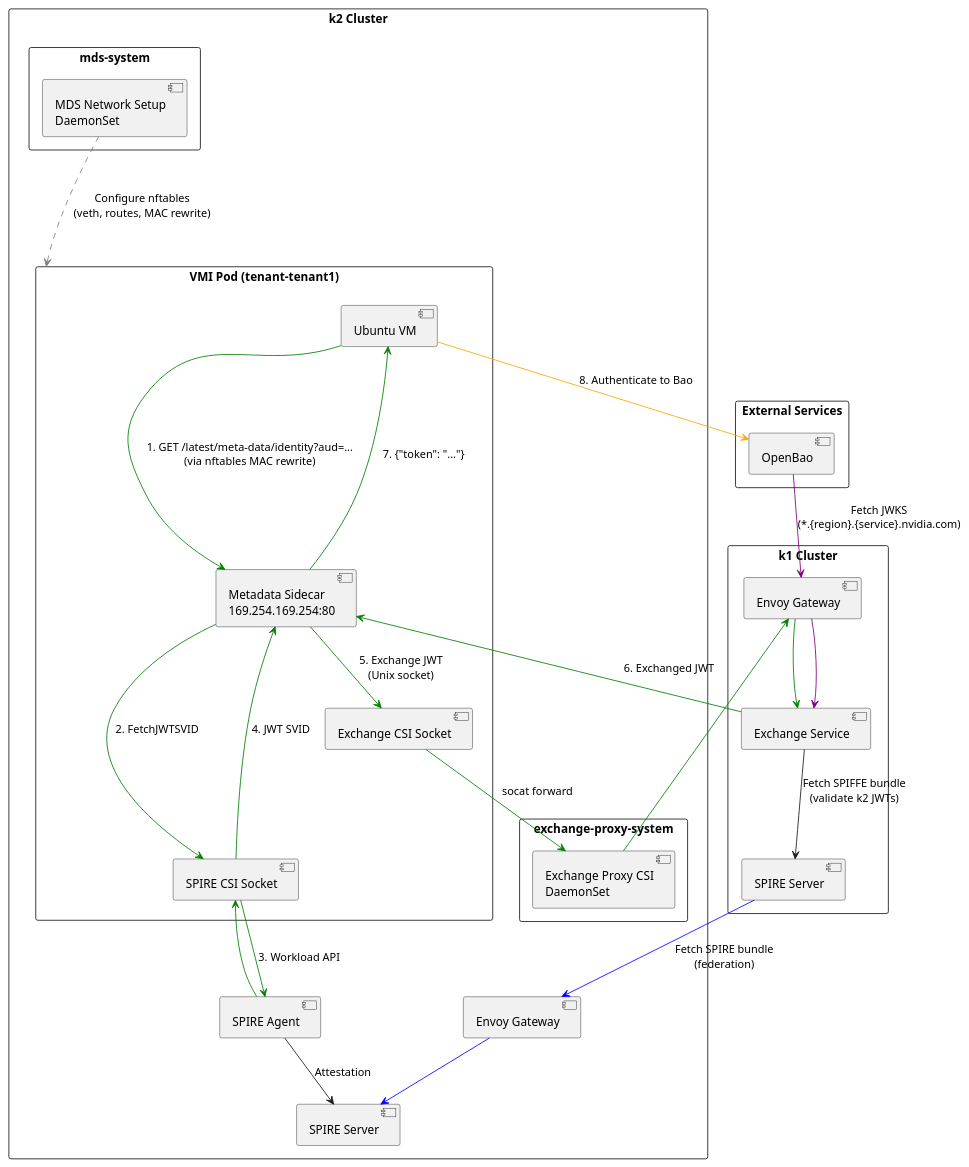
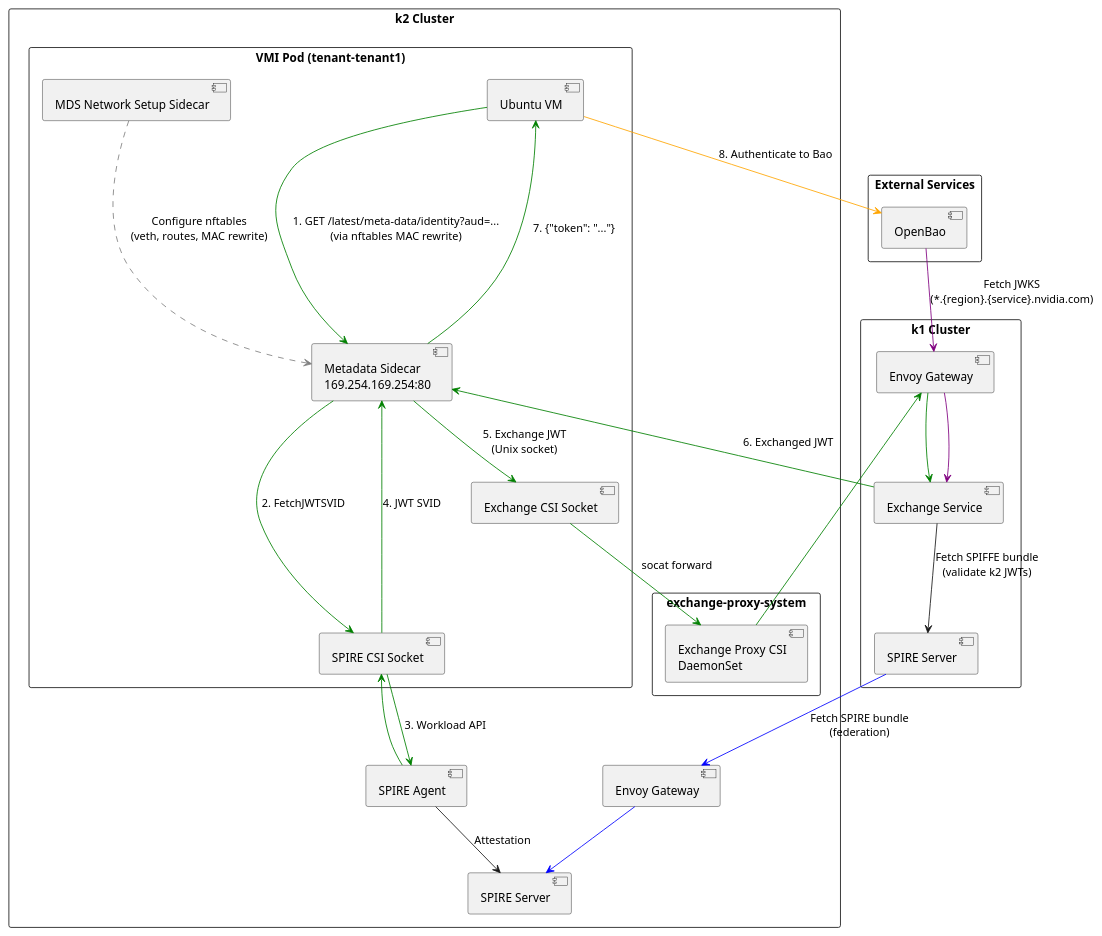
One commit to dsx-ai-factory/nvidia-workload-identity changed the fourth of 6 diagrams in README.md. Above: the diagram before and after it, drawn with PlantUML. The commit also changed other lines of this file and 10 other files, not shown here.

Commit message:
fix: run mds-network-setup container as a sidecar in virt-launcher pod

````diff
--- a/README.md
+++ b/README.md
@@ -290,71 +290,69 @@
 ```plantuml
 @startuml VM Metadata Sidecar
 
 skinparam packageStyle rectangle
 
 package "k1 Cluster" as K1 {
   [SPIRE Server] as SPIRE1
   [Exchange Service] as Exchange
   [Envoy Gateway] as GW1
 }
 
 package "External Services" as External {
   [OpenBao] as Bao
 }
 
 package "k2 Cluster" as K2 {
   [SPIRE Server] as SPIRE2
   [SPIRE Agent] as SpireAgent
   [Envoy Gateway] as GW2
   
   package "exchange-proxy-system" as ExchangeNS {
     [Exchange Proxy CSI\nDaemonSet] as ExchangeCSI
   }
   
-  package "mds-system" as MDSNS {
-    [MDS Network Setup\nDaemonSet] as MDSNetwork
-  }
-  
   package "VMI Pod (tenant-tenant1)" as VMIPod {
     [Ubuntu VM] as VM
     [Metadata Sidecar\n169.254.169.254:80] as MetaSidecar
+    [MDS Network Setup Sidecar] as MDSNetworkSetupSidecar
     [SPIRE CSI Socket] as SpireCSI
     [Exchange CSI Socket] as ExchangeSocket
   }
 }
 
 ' Federation: k1 SPIRE fetches k2's bundle
 SPIRE1 -[#blue]-> GW2 : Fetch SPIRE bundle\n(federation)
 GW2 -[#blue]-> SPIRE2
 
 ' VM to metadata sidecar flow
 VM -[#green]-> MetaSidecar : 1. GET /latest/meta-data/identity?aud=...\n(via nftables MAC rewrite)
 MetaSidecar -[#green]-> SpireCSI : 2. FetchJWTSVID
 SpireCSI -[#green]-> SpireAgent : 3. Workload API
 SpireAgent -[#green]--> SpireCSI
 SpireCSI -[#green]--> MetaSidecar : 4. JWT SVID
 MetaSidecar -[#green]-> ExchangeSocket : 5. Exchange JWT\n(Unix socket)
 ExchangeSocket -[#green]-> ExchangeCSI : socat forward
 ExchangeCSI -[#green]-> GW1
 GW1 -[#green]-> Exchange
 Exchange -[#green]--> MetaSidecar : 6. Exchanged JWT
 MetaSidecar -[#green]--> VM : 7. {"token": "..."}
 
 ' VM to Bao flow (authenticate)
 VM -[#orange]-> Bao : 8. Authenticate to Bao
 
 ' SPIRE Agent to Server
 SpireAgent --> SPIRE2 : Attestation
 
-' MDS Network Setup configures pod networking
-MDSNetwork ..[#gray].> VMIPod : Configure nftables\n(veth, routes, MAC rewrite)
+' MDS Network Setup Sidecar
+MDSNetworkSetupSidecar ..[#gray].> MetaSidecar : Configure nftables\n(veth, routes, MAC rewrite)
 
 ' OpenBao JWKS validation
 Bao -[#purple]-> GW1 : Fetch JWKS\n(*.{region}.{service}.nvidia.com)
 GW1 -[#purple]-> Exchange
 
 ' Exchange validates incoming JWTs
 Exchange --> SPIRE1 : Fetch SPIFFE bundle\n(validate k2 JWTs)
 
+
 @enduml
 ```
````
